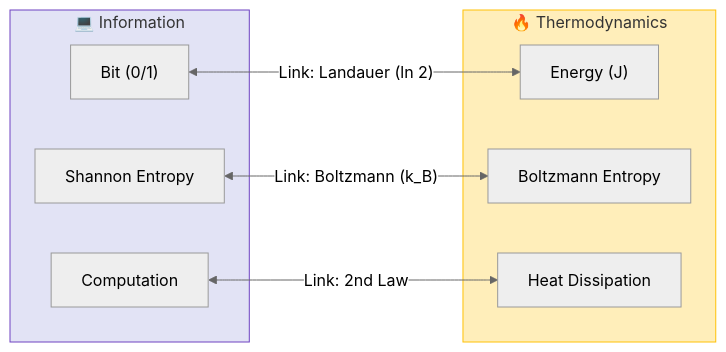
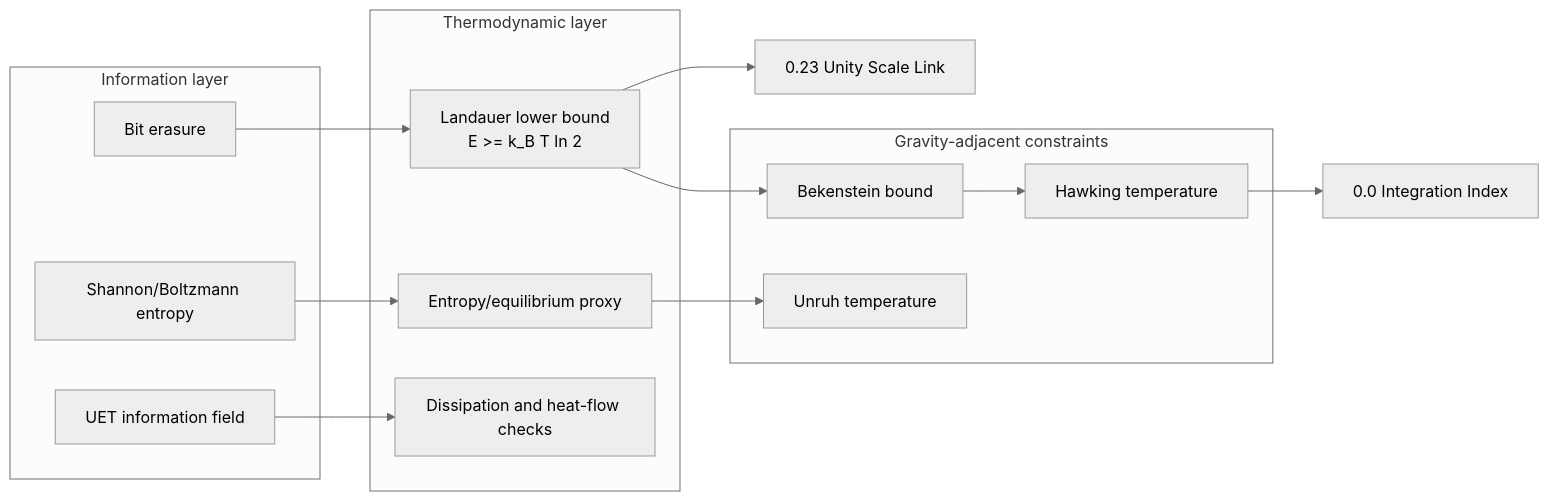
One commit to ellipszist/unityequilibriumtheory changed the diagram in docs/topics/0.13_Thermodynamic_Bridge/README.md. Above: the diagram before and after it, drawn with Mermaid (neutral theme). The commit also changed other lines of this file and 895 other files, not shown here.

````diff
--- a/docs/topics/0.13_Thermodynamic_Bridge/README.md
+++ b/docs/topics/0.13_Thermodynamic_Bridge/README.md
@@ -45,21 +45,29 @@
 ```mermaid
 graph LR
-    subgraph Info["💻 Information"]
-        Bit["Bit (0/1)"]
-        Shannon["Shannon Entropy"]
-        Process["Computation"]
+    subgraph Info["Information layer"]
+        Bit["Bit erasure"]
+        Shannon["Shannon/Boltzmann entropy"]
+        UETI["UET information field"]
     end
-    
-    subgraph Thermo["🔥 Thermodynamics"]
-        Energy["Energy (J)"]
-        Boltzmann["Boltzmann Entropy"]
-        Heat["Heat Dissipation"]
+
+    subgraph Thermo["Thermodynamic layer"]
+        Landauer["Landauer lower bound<br/>E >= k_B T ln 2"]
+        Equilibrium["Entropy/equilibrium proxy"]
+        Dissipation["Dissipation and heat-flow checks"]
     end
-    
-    Bit <-->|"Link: Landauer (ln 2)"| Energy
-    Shannon <-->|"Link: Boltzmann (k_B)"| Boltzmann
-    Process <-->|"Link: 2nd Law"| Heat
-    
-    style Info fill:#e2e3f5,stroke:#6f42c1
-    style Thermo fill:#ffeeba,stroke:#ffc107
+
+    subgraph Gravity["Gravity-adjacent constraints"]
+        Bekenstein["Bekenstein bound"]
+        Unruh["Unruh temperature"]
+        Hawking["Hawking temperature"]
+    end
+
+    Bit --> Landauer
+    Shannon --> Equilibrium
+    UETI --> Dissipation
+    Landauer --> Bekenstein
+    Equilibrium --> Unruh
+    Bekenstein --> Hawking
+    Landauer --> Topic23["0.23 Unity Scale Link"]
+    Hawking --> Topic0["0.0 Integration Index"]
 ```
````
